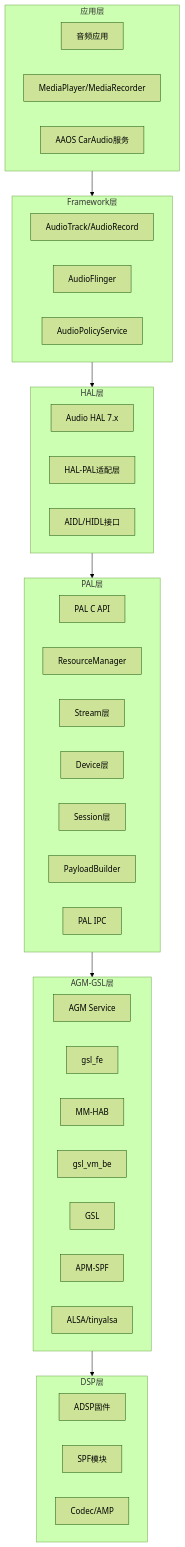
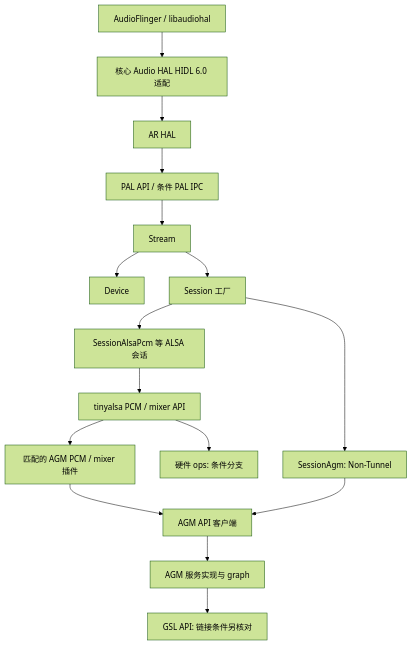
Before and after one commit to yanglinzhen1022/SA8295_AAOS_QNX_Audio_KnowledgeBase: the first of 2 diagrams in 15_PAL_Architecture/15_15.2_架构层次图.md, drawn with Mermaid (forest theme). The commit also changed other lines of this file and 14 other files, not shown here.

Commit message:
docs: trace PAL PCM plugins and AGM session graph lifecycle

````diff
--- a/15_PAL_Architecture/15_15.2_架构层次图.md
+++ b/15_PAL_Architecture/15_15.2_架构层次图.md
@@ -13,52 +22,18 @@
 ```mermaid
-graph TB
-    subgraph L1[应用层]
-        App[音频应用]
-        Media[MediaPlayer/MediaRecorder]
-        AAOS[AAOS CarAudio服务]
-    end
-
-    subgraph L2[Framework层]
-        AudioTrack[AudioTrack/AudioRecord]
-        AudioFlinger[AudioFlinger]
-        AudioPolicy[AudioPolicyService]
-    end
-
-    subgraph L3[HAL层]
-        AudioHAL7[Audio HAL 7.x]
-        HalPalAdapter[HAL-PAL适配层]
-        HIDL[AIDL/HIDL接口]
-    end
-
-    subgraph L4[PAL层]
-        PalApi[PAL C API]
-        RM[ResourceManager]
-        StreamL[Stream层]
-        DeviceL[Device层]
-        SessionL[Session层]
-        PayloadB[PayloadBuilder]
-        PalIPC[PAL IPC]
-    end
-
-    subgraph L5[AGM-GSL层]
-        AGMSvc[AGM Service]
-        GSL_FE[gsl_fe]
-        MMHAB[MM-HAB]
-        GSL_BE[gsl_vm_be]
-        GSL[GSL]
-        APM[APM-SPF]
-        ALSA[ALSA/tinyalsa]
-    end
-
-    subgraph L6[DSP层]
-        ADSP[ADSP固件]
-        SPFMod[SPF模块]
-        CodecHW[Codec/AMP]
-    end
-
-    L1 --> L2
-    L2 --> L3
-    L3 --> L4
-    L4 --> L5
-    L5 --> L6
+flowchart TD
+    F[AudioFlinger / libaudiohal] --> H[核心 Audio HAL HIDL 6.0 适配]
+    H --> A[AR HAL]
+    A --> P[PAL API / 条件 PAL IPC]
+    P --> S[Stream]
+    S --> D[Device]
+    S --> Q[Session 工厂]
+    Q --> C[SessionAlsaPcm 等 ALSA 会话]
+    Q --> N[SessionAgm: Non-Tunnel]
+    C --> T[tinyalsa PCM / mixer API]
+    T --> V[匹配的 AGM PCM / mixer 插件]
+    T --> W[硬件 ops: 条件分支]
+    V --> I[AGM API 客户端]
+    N --> I
+    I --> G[AGM 服务实现与 graph]
+    G --> L[GSL API: 链接条件另核对]
 ```
````
